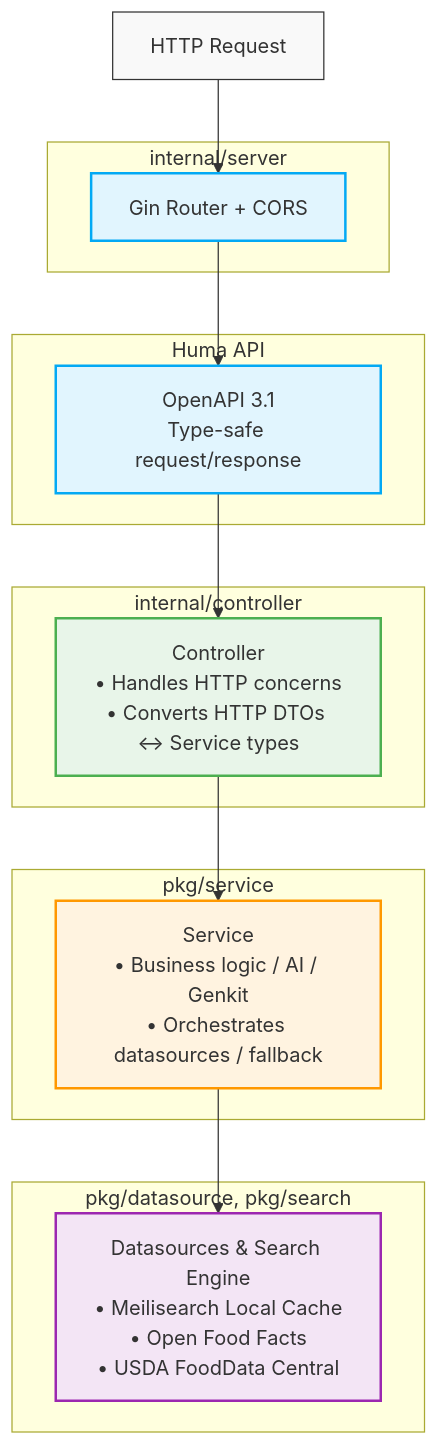
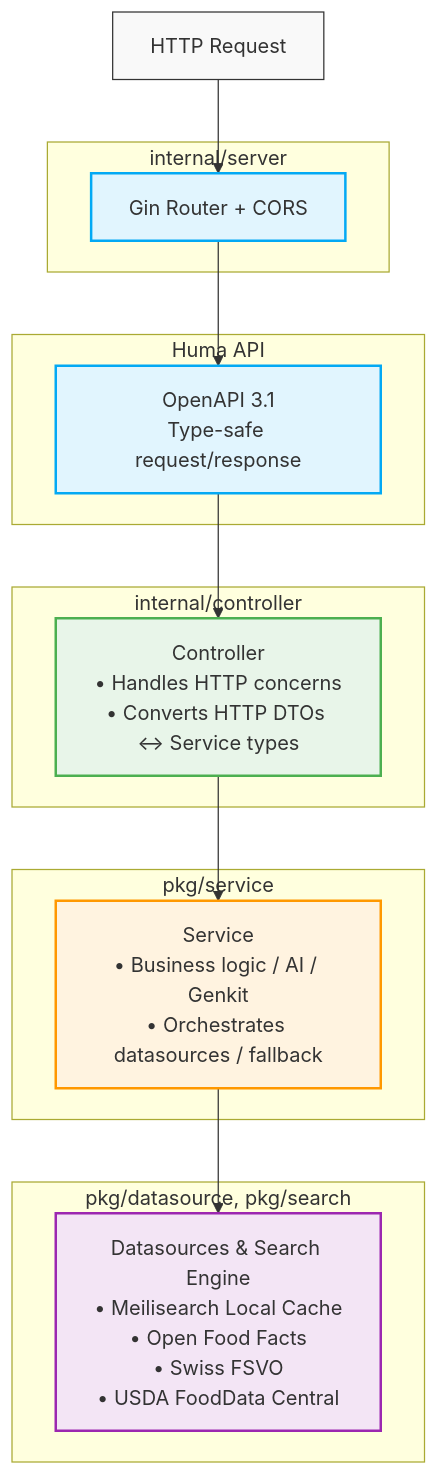
Before and after one commit to DoGab/VitalStack: the diagram in apps/api-go/architecture.md, drawn with Mermaid. The commit also changed other lines of this file and 13 other files, not shown here.

````diff
--- a/apps/api-go/architecture.md
+++ b/apps/api-go/architecture.md
@@ -37,43 +37,43 @@
 ```mermaid
 graph TD
     Client[HTTP Request] --> Router
     
     subgraph "internal/server"
         Router[Gin Router + CORS]
     end
     
     Router --> Huma
     
     subgraph "Huma API"
         Huma[OpenAPI 3.1<br>Type-safe request/response]
     end
     
     Huma --> Controller
     
     subgraph "internal/controller"
         Controller[Controller<br>• Handles HTTP concerns<br>• Converts HTTP DTOs ↔ Service types]
     end
     
     Controller --> Service
     
     subgraph "pkg/service"
         Service[Service<br>• Business logic / AI / Genkit<br>• Orchestrates datasources / fallback]
     end
     
     Service --> Infrastructure
     
     subgraph "pkg/datasource, pkg/search"
-        Infrastructure[Datasources & Search Engine<br>• Meilisearch Local Cache<br>• Open Food Facts<br>• USDA FoodData Central]
+        Infrastructure[Datasources & Search Engine<br>• Meilisearch Local Cache<br>• Open Food Facts<br>• Swiss FSVO<br>• USDA FoodData Central]
     end
     
     classDef default fill:#f9f9f9,stroke:#333,stroke-width:1px;
     classDef router fill:#e1f5fe,stroke:#03a9f4,stroke-width:2px;
     classDef controller fill:#e8f5e9,stroke:#4caf50,stroke-width:2px;
     classDef service fill:#fff3e0,stroke:#ff9800,stroke-width:2px;
     classDef infra fill:#f3e5f5,stroke:#9c27b0,stroke-width:2px;
     
     class Router,Huma router;
     class Controller controller;
     class Service service;
     class Infrastructure infra;
 ```
````
